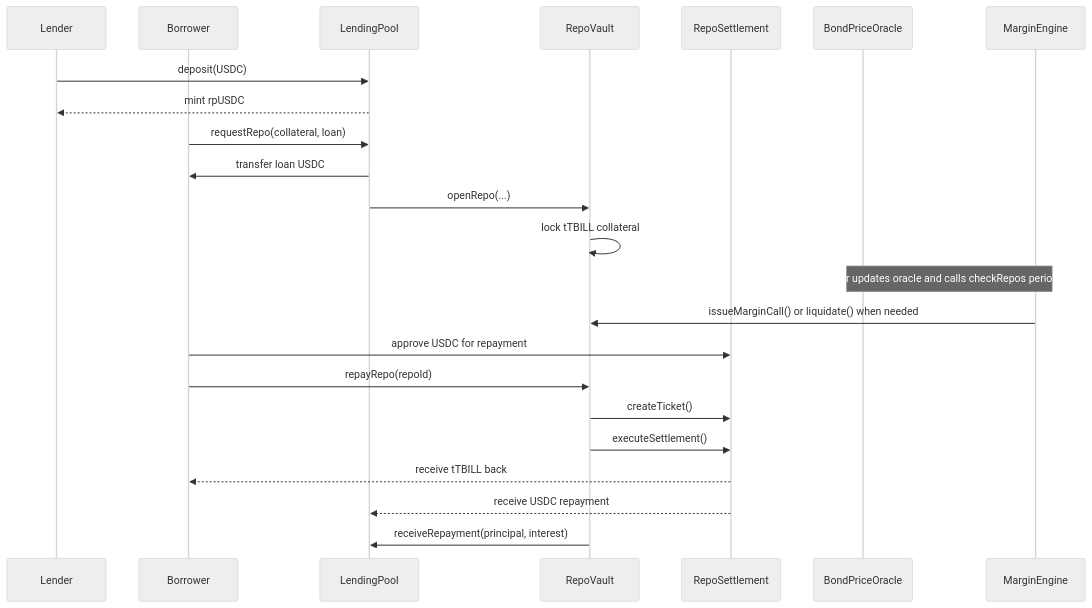
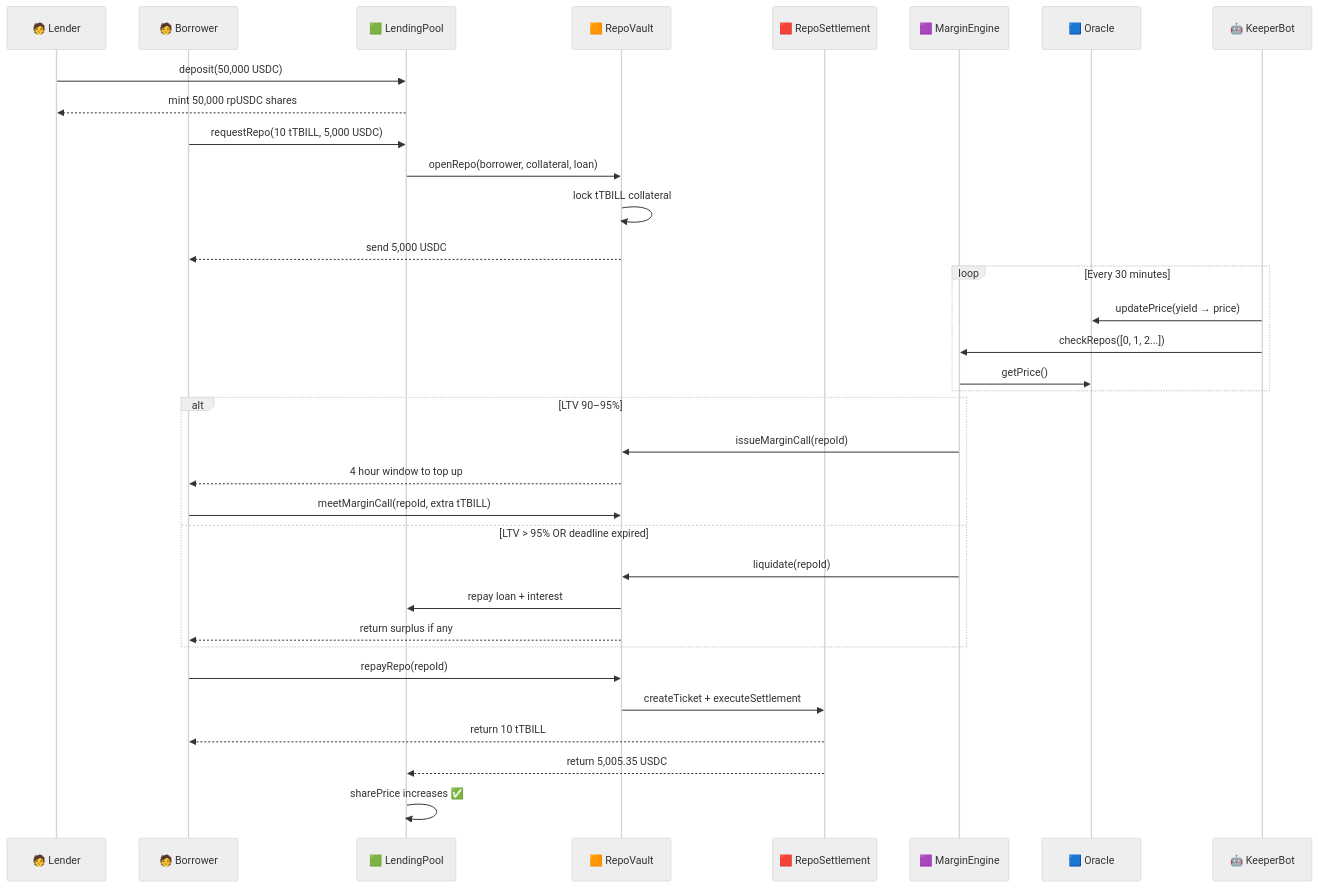
The third of 5 diagrams in README.md (Aditya-alchemist/Decentralized-Tokenized-Repo-System), drawn with Mermaid (neutral theme) before and after one commit. The commit also changed other lines of this file, not shown here.

````diff
--- a/README.md
+++ b/README.md
@@ -278,29 +204,41 @@
 ```mermaid
 sequenceDiagram
-		participant L as Lender
-		participant B as Borrower
-		participant LP as LendingPool
-		participant RV as RepoVault
-		participant RS as RepoSettlement
-		participant OR as BondPriceOracle
-		participant ME as MarginEngine
+    participant L as 🧑 Lender
+    participant B as 🧑 Borrower
+    participant LP as 🟩 LendingPool
+    participant RV as 🟧 RepoVault
+    participant RS as 🟥 RepoSettlement
+    participant ME as 🟪 MarginEngine
+    participant OR as 🟦 Oracle
+    participant KB as 🤖 KeeperBot
 
-		L->>LP: deposit(USDC)
-		LP-->>L: mint rpUSDC
+    L->>LP: deposit(50,000 USDC)
+    LP-->>L: mint 50,000 rpUSDC shares
 
-		B->>LP: requestRepo(collateral, loan)
-		LP->>B: transfer loan USDC
-		LP->>RV: openRepo(...)
-		RV->>RV: lock tTBILL collateral
+    B->>LP: requestRepo(10 tTBILL, 5,000 USDC)
+    LP->>RV: openRepo(borrower, collateral, loan)
+    RV->>RV: lock tTBILL collateral
+    RV-->>B: send 5,000 USDC
 
-		note over OR,ME: Keeper updates oracle and calls checkRepos periodically
-		ME->>RV: issueMarginCall() or liquidate() when needed
+    loop Every 30 minutes
+        KB->>OR: updatePrice(yield → price)
+        KB->>ME: checkRepos([0, 1, 2...])
+        ME->>OR: getPrice()
+    end
 
-		B->>RS: approve USDC for repayment
-		B->>RV: repayRepo(repoId)
-		RV->>RS: createTicket()
-		RV->>RS: executeSettlement()
-		RS-->>B: receive tTBILL back
-		RS-->>LP: receive USDC repayment
-		RV->>LP: receiveRepayment(principal, interest)
+    alt LTV 90–95%
+        ME->>RV: issueMarginCall(repoId)
+        RV-->>B: 4 hour window to top up
+        B->>RV: meetMarginCall(repoId, extra tTBILL)
+    else LTV > 95% OR deadline expired
+        ME->>RV: liquidate(repoId)
+        RV->>LP: repay loan + interest
+        RV-->>B: return surplus if any
+    end
+
+    B->>RV: repayRepo(repoId)
+    RV->>RS: createTicket + executeSettlement
+    RS-->>B: return 10 tTBILL
+    RS-->>LP: return 5,005.35 USDC
+    LP->>LP: sharePrice increases ✅
 ```
````
